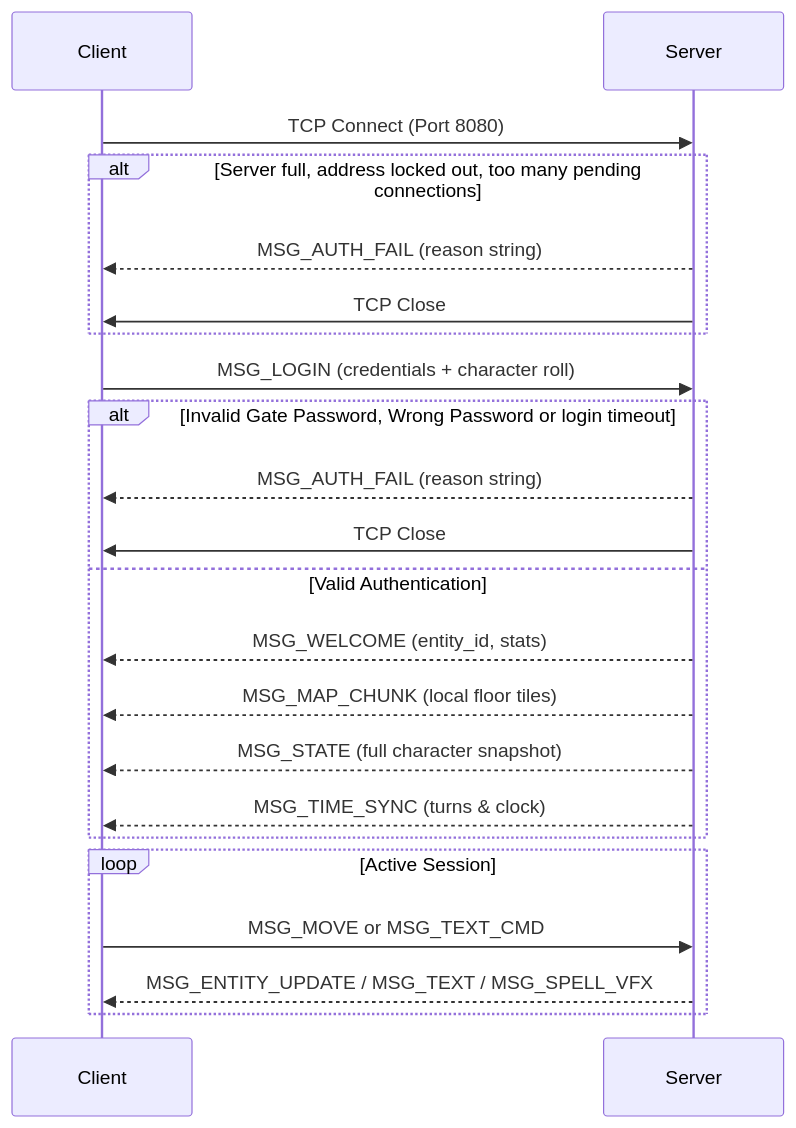
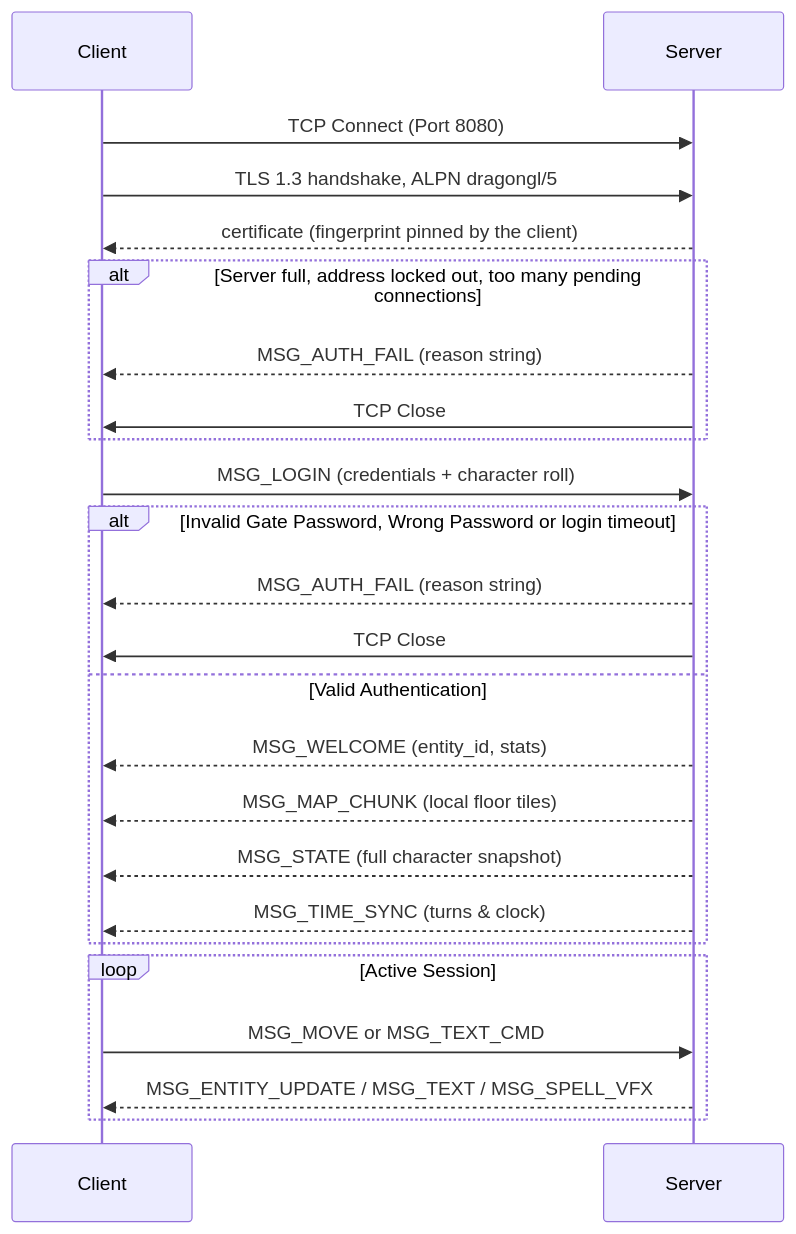
One commit to nicolataibi/dragongl changed the diagram in PROTOCOL.md. Above: the diagram before and after it, drawn with Mermaid. The commit also changed other lines of this file and 64 other files, not shown here.

````diff
--- a/PROTOCOL.md
+++ b/PROTOCOL.md
@@ -107,26 +272,28 @@
 ```mermaid
 sequenceDiagram
     participant Client
     participant Server
 
     Client->>Server: TCP Connect (Port 8080)
+    Client->>Server: TLS 1.3 handshake, ALPN dragongl/5
+    Server-->>Client: certificate (fingerprint pinned by the client)
     alt Server full, address locked out, too many pending connections
         Server-->>Client: MSG_AUTH_FAIL (reason string)
         Server->>Client: TCP Close
     end
     Client->>Server: MSG_LOGIN (credentials + character roll)
     alt Invalid Gate Password, Wrong Password or login timeout
         Server-->>Client: MSG_AUTH_FAIL (reason string)
         Server->>Client: TCP Close
     else Valid Authentication
         Server-->>Client: MSG_WELCOME (entity_id, stats)
         Server-->>Client: MSG_MAP_CHUNK (local floor tiles)
         Server-->>Client: MSG_STATE (full character snapshot)
         Server-->>Client: MSG_TIME_SYNC (turns & clock)
     end
 
     loop Active Session
         Client->>Server: MSG_MOVE or MSG_TEXT_CMD
         Server-->>Client: MSG_ENTITY_UPDATE / MSG_TEXT / MSG_SPELL_VFX
     end
 ```
````
